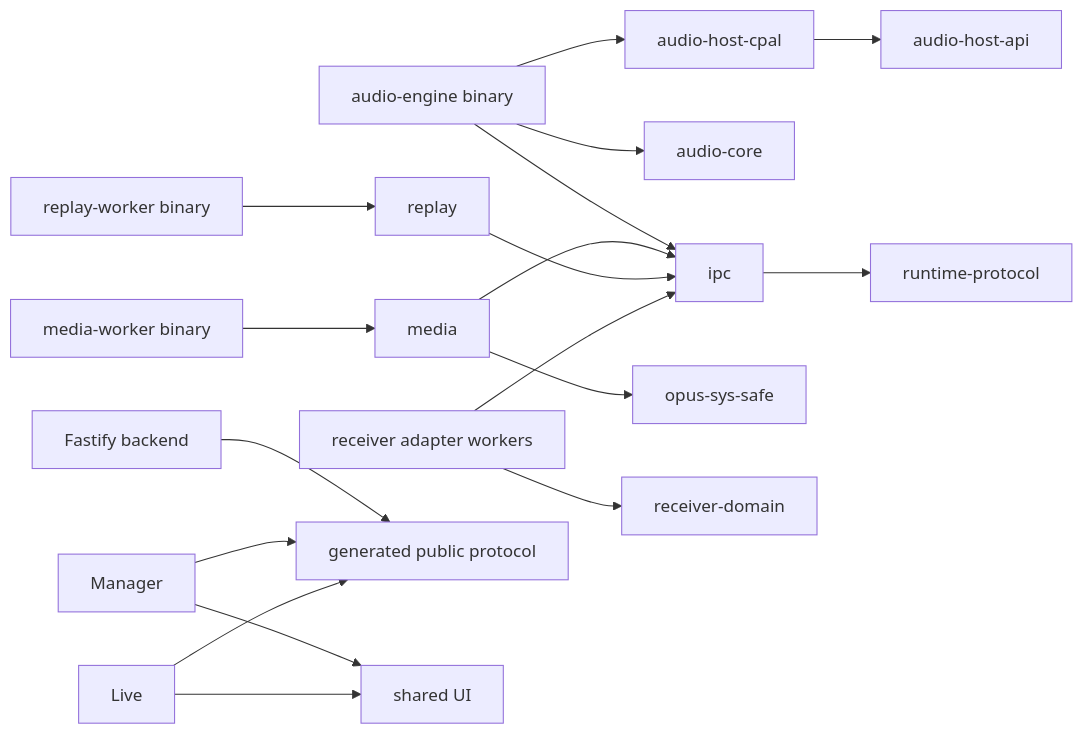
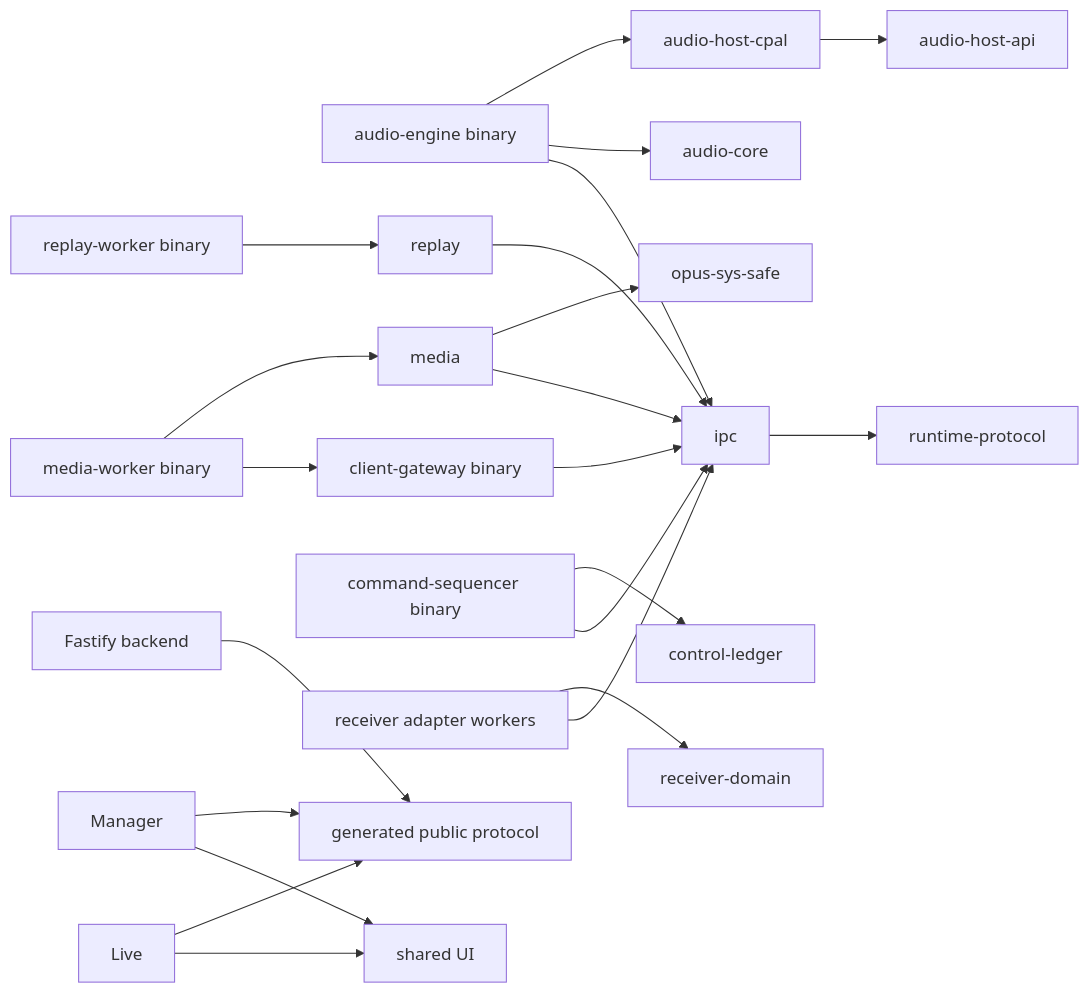
One commit to qubered/a2-monitor changed the diagram in docs/architecture/implementation-structure.md. Above: the diagram before and after it, drawn with Mermaid. The commit also changed other lines of this file and 44 other files, not shown here.

Commit message:
docs(architecture): resolve stack review findings

````diff
--- a/docs/architecture/implementation-structure.md
+++ b/docs/architecture/implementation-structure.md
@@ -73,20 +79,24 @@
 ```mermaid
 flowchart LR
     Host["audio-host-cpal"] --> HostAPI["audio-host-api"]
     EngineBin["audio-engine binary"] --> Host
     EngineBin --> Core["audio-core"]
     EngineBin --> IPC["ipc"]
     MediaBin["media-worker binary"] --> Media["media"]
     Media --> Opus["opus-sys-safe"]
     Media --> IPC
     ReplayBin["replay-worker binary"] --> Replay["replay"]
     Replay --> IPC
+    MediaBin --> GatewayBin["client-gateway binary"]
+    GatewayBin --> IPC
+    SequencerBin["command-sequencer binary"] --> Ledger["control-ledger"]
+    SequencerBin --> IPC
     Adapters["receiver adapter workers"] --> Receiver["receiver-domain"]
     Adapters --> IPC
     IPC --> NativeProtocol["runtime-protocol"]
     Backend["Fastify backend"] --> PublicProtocol["generated public protocol"]
     Manager["Manager"] --> PublicProtocol
     Live["Live"] --> PublicProtocol
     Manager --> UI["shared UI"]
     Live --> UI
 ```
````
